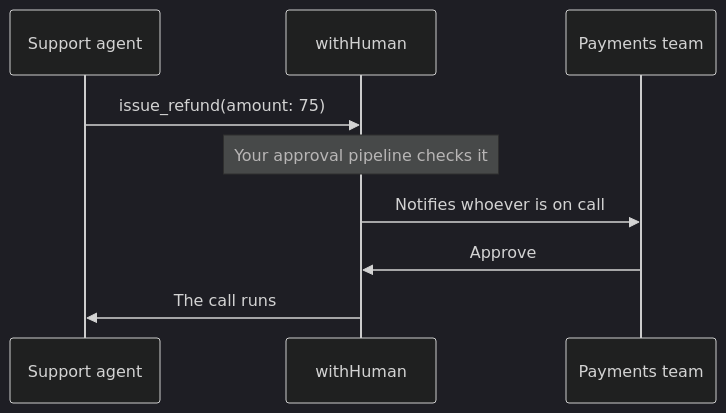
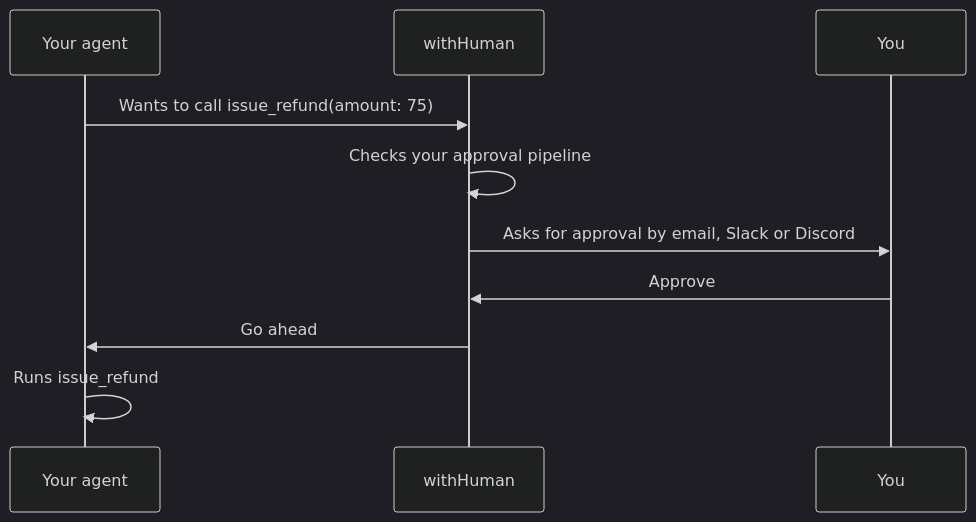
The diagram in README.md (withHumanAI/withHuman), drawn with Mermaid (dark theme) before and after one commit. The commit also changed other lines of this file, not shown here.

````diff
--- a/README.md
+++ b/README.md
@@ -106,11 +73,12 @@
 ```mermaid
 sequenceDiagram
-    participant Agent as Support agent
+    participant Agent as Your agent
     participant WH as withHuman
-    participant Team as Payments team
-    Agent->>WH: issue_refund(amount: 75)
-    Note over WH: Your approval pipeline checks it
-    WH->>Team: Notifies whoever is on call
-    Team->>WH: Approve
-    WH->>Agent: The call runs
+    participant You as You
+    Agent->>WH: Wants to call issue_refund(amount: 75)
+    WH->>WH: Checks your approval pipeline
+    WH->>You: Asks for approval by email, Slack or Discord
+    You->>WH: Approve
+    WH->>Agent: Go ahead
+    Agent->>Agent: Runs issue_refund
 ```
````
